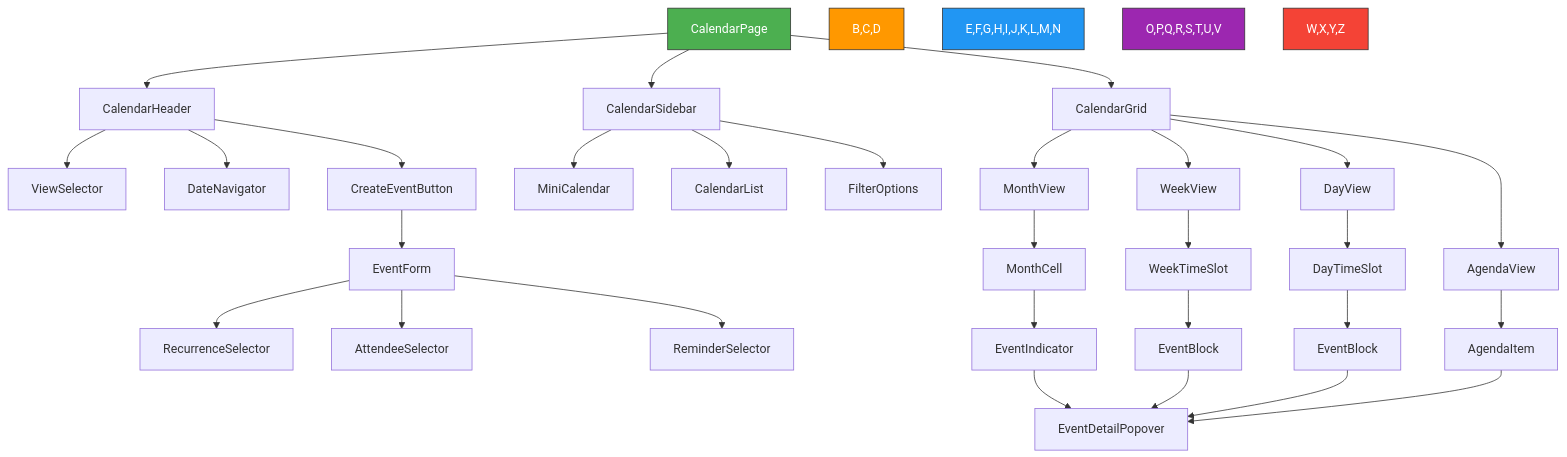
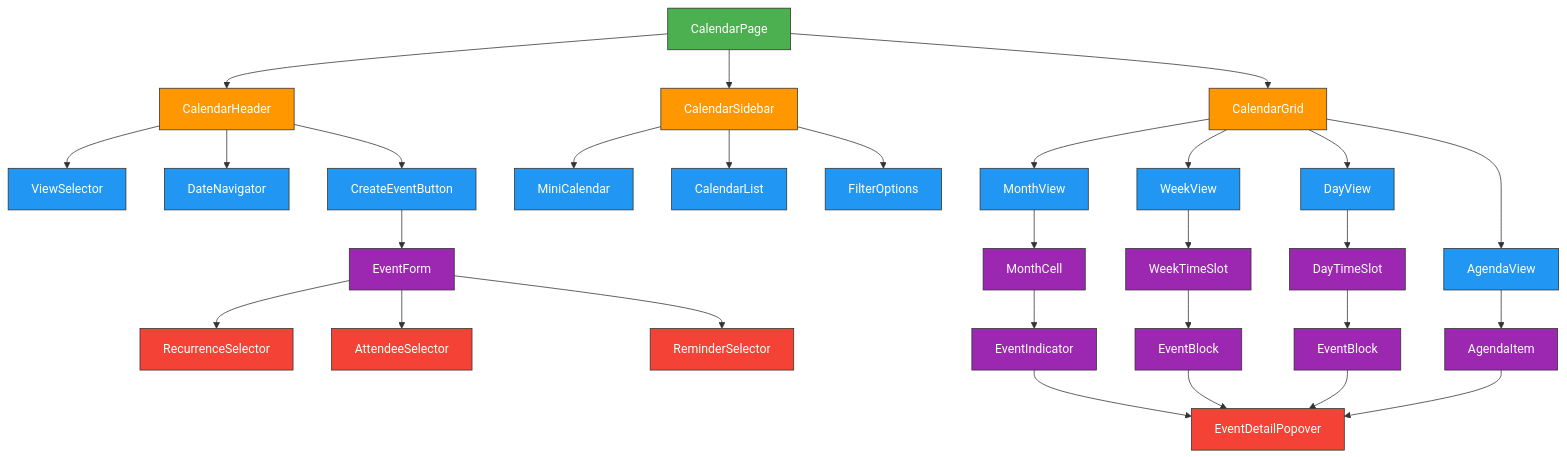
One commit to TuPhung369/Haaga_Backend_Programming changed the fifth of 5 diagrams in TuPhung_Docs/docs/frontend/calendar.md. Above: the diagram before and after it, drawn with Mermaid. The commit also changed other lines of this file and 25 other files, not shown here.

````diff
--- a/TuPhung_Docs/docs/frontend/calendar.md
+++ b/TuPhung_Docs/docs/frontend/calendar.md
@@ -312,43 +312,49 @@
 ```mermaid
 flowchart TD
     A[CalendarPage] --> B[CalendarHeader]
     A --> C[CalendarSidebar]
     A --> D[CalendarGrid]
     
     B --> E[ViewSelector]
     B --> F[DateNavigator]
     B --> G[CreateEventButton]
     
     C --> H[MiniCalendar]
     C --> I[CalendarList]
     C --> J[FilterOptions]
     
     D --> K[MonthView]
     D --> L[WeekView]
     D --> M[DayView]
     D --> N[AgendaView]
     
     K --> O[MonthCell]
     O --> P[EventIndicator]
     
     L --> Q[WeekTimeSlot]
     Q --> R[EventBlock]
     
     M --> S[DayTimeSlot]
     S --> T[EventBlock]
     
     N --> U[AgendaItem]
     
     G --> V[EventForm]
     V --> W[RecurrenceSelector]
     V --> X[AttendeeSelector]
     V --> Y[ReminderSelector]
     
     P & R & T & U --> Z[EventDetailPopover]
 
-    style A fill:#4CAF50,stroke:#333,stroke-width:1px,color:#fff
-    style B,C,D fill:#FF9800,stroke:#333,stroke-width:1px,color:#fff
-    style E,F,G,H,I,J,K,L,M,N fill:#2196F3,stroke:#333,stroke-width:1px,color:#fff
-    style O,P,Q,R,S,T,U,V fill:#9C27B0,stroke:#333,stroke-width:1px,color:#fff
-    style W,X,Y,Z fill:#F44336,stroke:#333,stroke-width:1px,color:#fff
+    classDef mainPage fill:#4CAF50,stroke:#333,stroke-width:1px,color:#fff
+    classDef mainSections fill:#FF9800,stroke:#333,stroke-width:1px,color:#fff
+    classDef viewComponents fill:#2196F3,stroke:#333,stroke-width:1px,color:#fff
+    classDef interactiveElements fill:#9C27B0,stroke:#333,stroke-width:1px,color:#fff
+    classDef formElements fill:#F44336,stroke:#333,stroke-width:1px,color:#fff
+    
+    class A mainPage
+    class B,C,D mainSections
+    class E,F,G,H,I,J,K,L,M,N viewComponents
+    class O,P,Q,R,S,T,U,V interactiveElements
+    class W,X,Y,Z formElements
 ```
````
